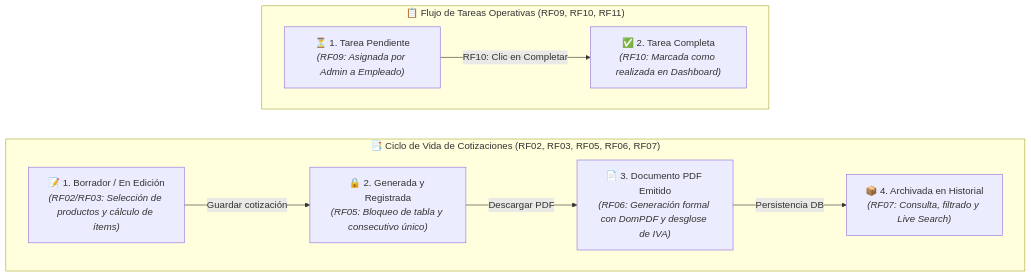
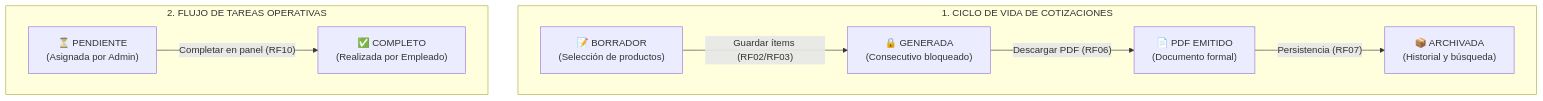
Before and after one commit to Santiago072/SistemaSodicol: the first of 2 diagrams in docs/Especificacion_Requisitos.md, drawn with Mermaid. The commit also changed other lines of this file, not shown here.

Commit message:
docs: convertir diagrama de flujo a flowchart TD con etiquetas concisas y tabla explicativa

````diff
--- a/docs/Especificacion_Requisitos.md
+++ b/docs/Especificacion_Requisitos.md
@@ -14,22 +14,20 @@
 ```mermaid
-graph LR
-    subgraph COTIZACIONES["📑 Ciclo de Vida de Cotizaciones (RF02, RF03, RF05, RF06, RF07)"]
-        direction LR
-        C1["📝 1. Borrador / En Edición<br/><i>(RF02/RF03: Selección de productos y cálculo de ítems)</i>"]
-        C2["🔒 2. Generada y Registrada<br/><i>(RF05: Bloqueo de tabla y consecutivo único)</i>"]
-        C3["📄 3. Documento PDF Emitido<br/><i>(RF06: Generación formal con DomPDF y desglose de IVA)</i>"]
-        C4["📦 4. Archivada en Historial<br/><i>(RF07: Consulta, filtrado y Live Search)</i>"]
+flowchart TD
+    subgraph COT["1. CICLO DE VIDA DE COTIZACIONES"]
+        C1["📝 BORRADOR\n(Selección de productos)"]
+        C2["🔒 GENERADA\n(Consecutivo bloqueado)"]
+        C3["📄 PDF EMITIDO\n(Documento formal)"]
+        C4["📦 ARCHIVADA\n(Historial y búsqueda)"]
 
-        C1 -->|"Guardar cotización"| C2
-        C2 -->|"Descargar PDF"| C3
-        C3 -->|"Persistencia DB"| C4
+        C1 -->|"Guardar ítems (RF02/RF03)"| C2
+        C2 -->|"Descargar PDF (RF06)"| C3
+        C3 -->|"Persistencia (RF07)"| C4
     end
 
-    subgraph TAREAS["📋 Flujo de Tareas Operativas (RF09, RF10, RF11)"]
-        direction LR
-        T1["⏳ 1. Tarea Pendiente<br/><i>(RF09: Asignada por Admin a Empleado)</i>"]
-        T2["✅ 2. Tarea Completa<br/><i>(RF10: Marcada como realizada en Dashboard)</i>"]
+    subgraph TAR["2. FLUJO DE TAREAS OPERATIVAS"]
+        T1["⏳ PENDIENTE\n(Asignada por Admin)"]
+        T2["✅ COMPLETO\n(Realizada por Empleado)"]
 
-        T1 -->|"RF10: Clic en Completar"| T2
+        T1 -->|"Completar en panel (RF10)"| T2
     end
 ```
````
